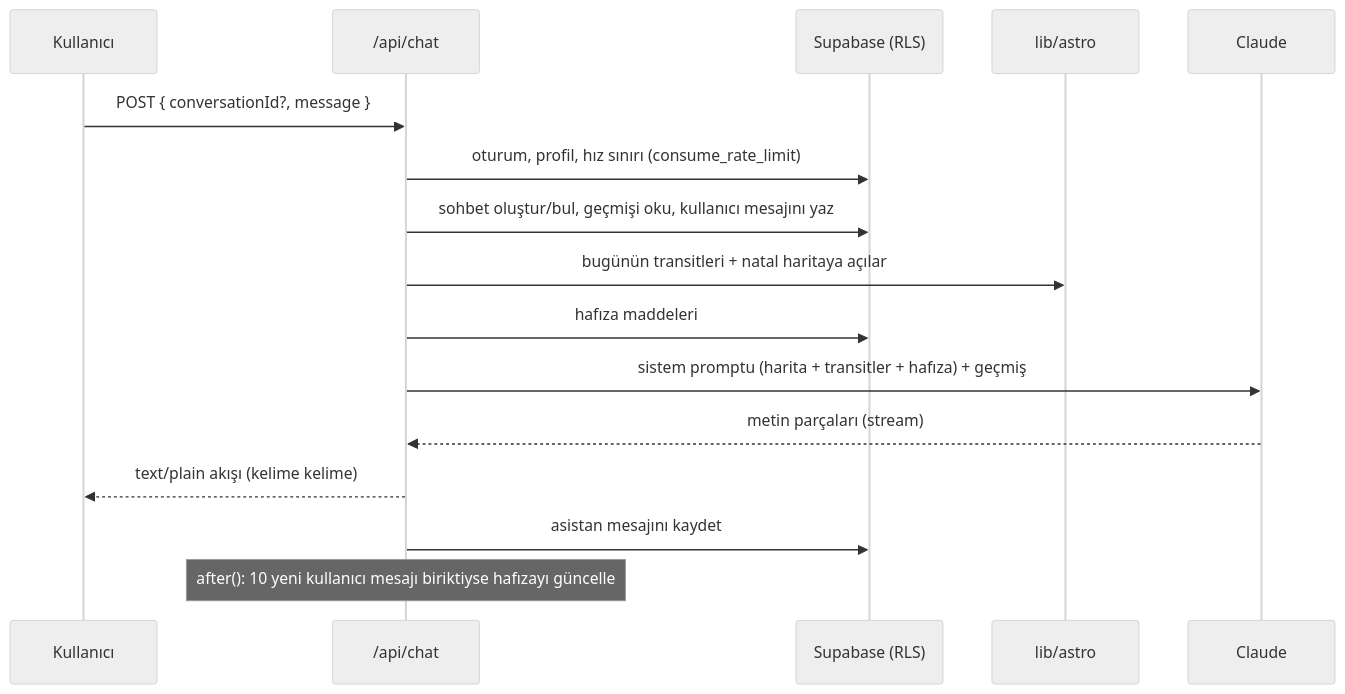
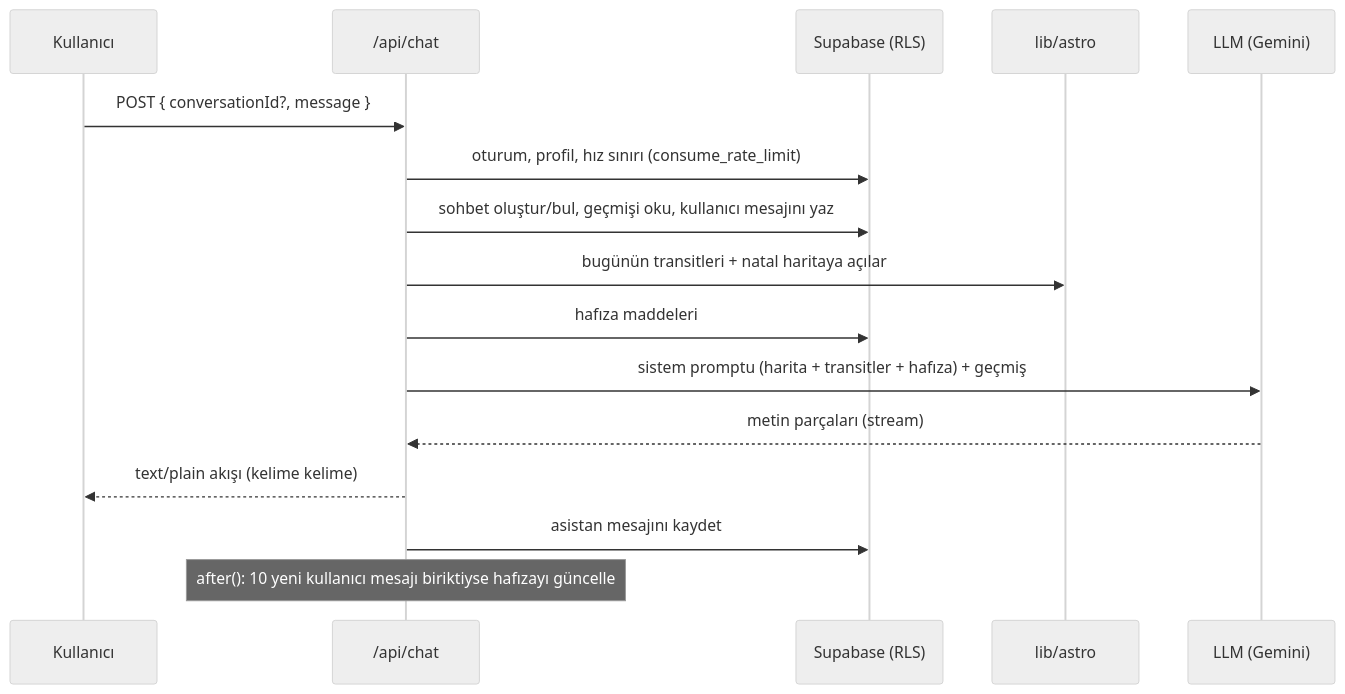
One commit to ruveydayldrm/Astrolog-Agent changed the second of 2 diagrams in README.md. Above: the diagram before and after it, drawn with Mermaid (neutral theme). The commit also changed other lines of this file and 17 other files, not shown here.

First line of the commit message:
Ücretsiz LLM: Gemini varsayılan, sağlayıcıdan bağımsız lib/llm katmanı

````diff
--- a/README.md
+++ b/README.md
@@ -77,19 +79,19 @@
 ```mermaid
 sequenceDiagram
     participant U as Kullanıcı
     participant API as /api/chat
     participant DB as Supabase (RLS)
     participant A as lib/astro
-    participant C as Claude
+    participant C as LLM (Gemini)
 
     U->>API: POST { conversationId?, message }
     API->>DB: oturum, profil, hız sınırı (consume_rate_limit)
     API->>DB: sohbet oluştur/bul, geçmişi oku, kullanıcı mesajını yaz
     API->>A: bugünün transitleri + natal haritaya açılar
     API->>DB: hafıza maddeleri
     API->>C: sistem promptu (harita + transitler + hafıza) + geçmiş
     C-->>API: metin parçaları (stream)
     API-->>U: text/plain akışı (kelime kelime)
     API->>DB: asistan mesajını kaydet
     Note over API: after(): 10 yeni kullanıcı mesajı biriktiyse hafızayı güncelle
 ```
````
